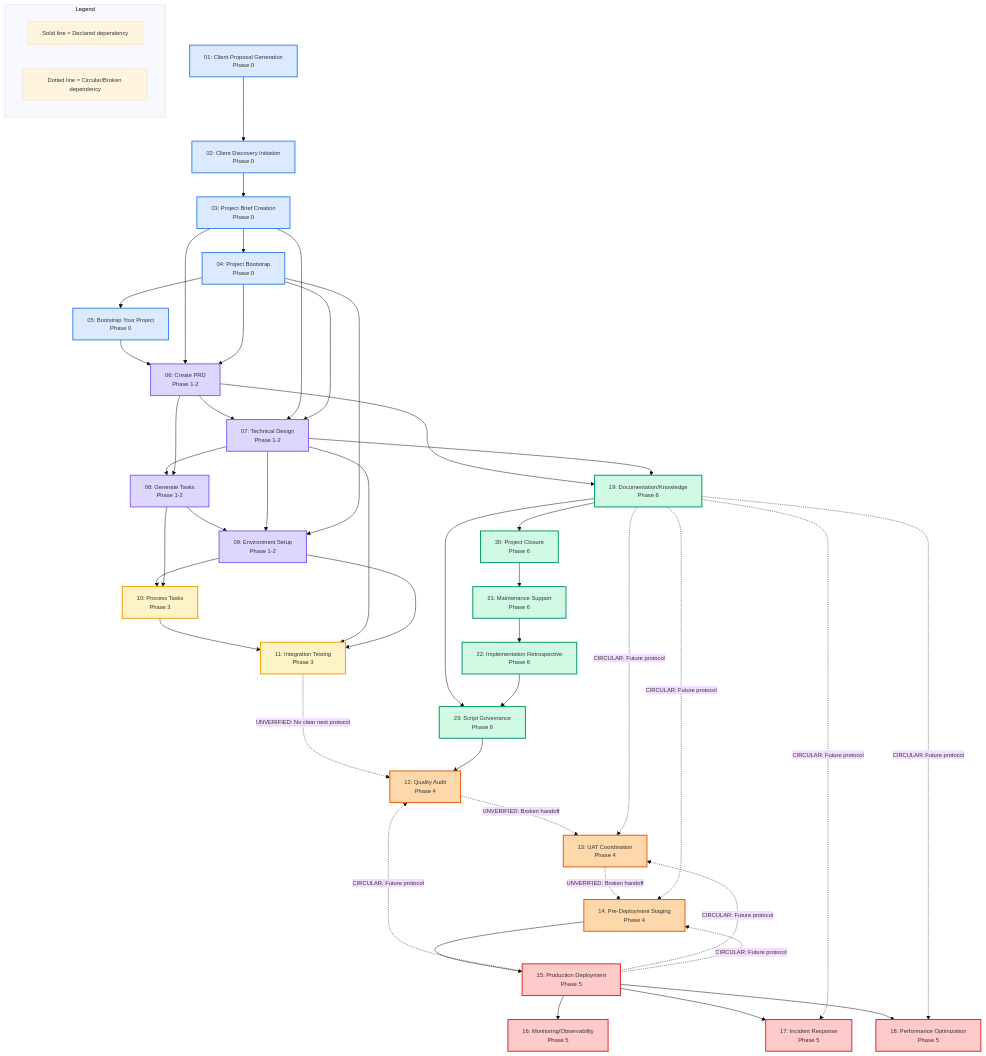
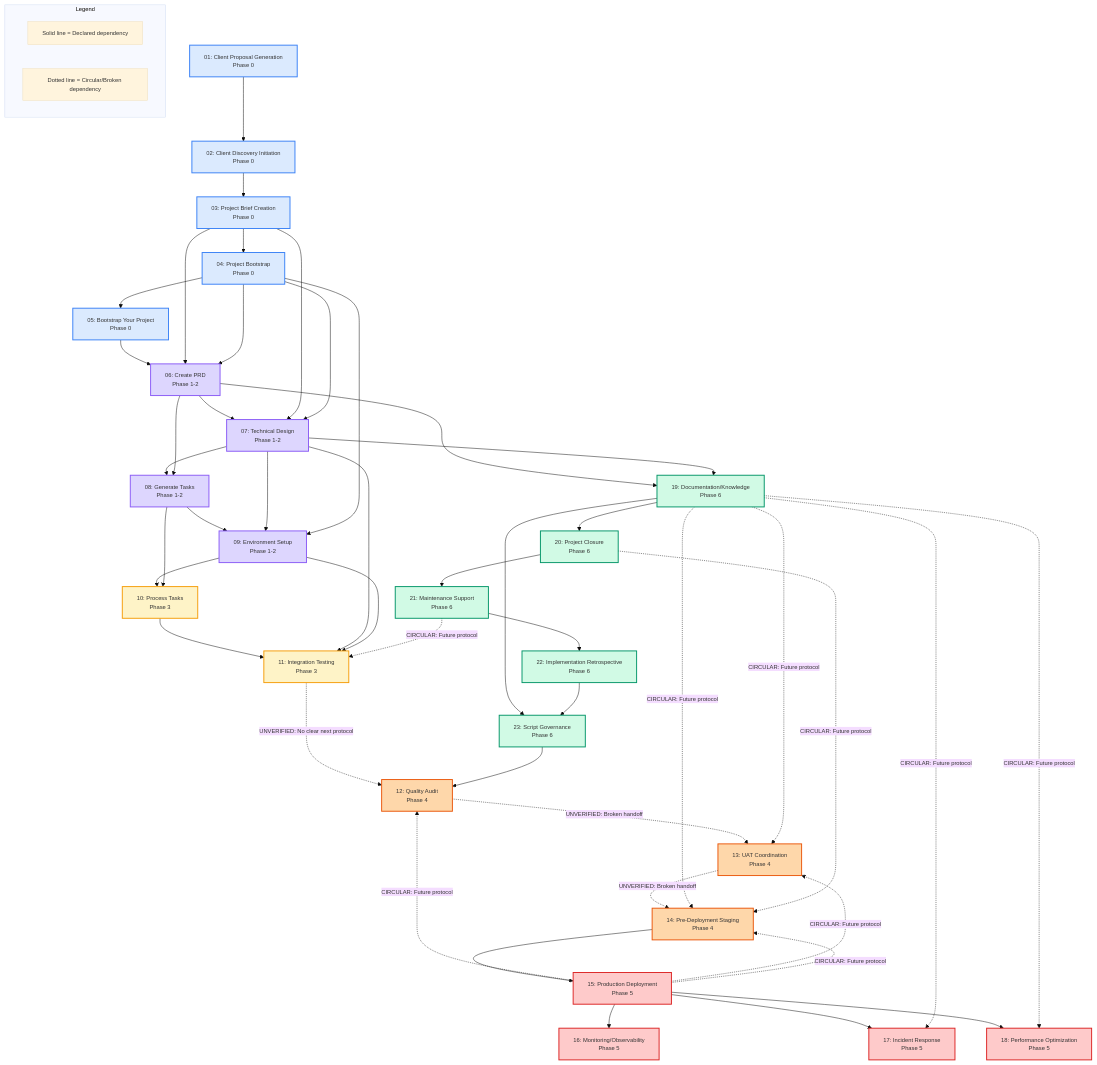
Before and after one commit to HaymayndzUltra/SuperTemplate: the diagram in dependency-map.mermaid, drawn with Mermaid. The commit also changed 3 other files, not shown here.

```diff
--- a/dependency-map.mermaid
+++ b/dependency-map.mermaid
@@ -1,112 +1,114 @@
 %%{ init: { 'theme': 'base', 'themeVariables': { 'fontSize': '12px' } } }%%
 graph TD
   %% PHASE 0: Foundation & Discovery (01-05)
   P01["01: Client Proposal Generation<br/>Phase 0"]
   P02["02: Client Discovery Initiation<br/>Phase 0"]
   P03["03: Project Brief Creation<br/>Phase 0"]
   P04["04: Project Bootstrap<br/>Phase 0"]
   P05["05: Bootstrap Your Project<br/>Phase 0"]
 
   %% PHASE 1-2: Planning & Design (06-09)
   P06["06: Create PRD<br/>Phase 1-2"]
   P07["07: Technical Design<br/>Phase 1-2"]
   P08["08: Generate Tasks<br/>Phase 1-2"]
   P09["09: Environment Setup<br/>Phase 1-2"]
 
   %% PHASE 3: Development (10-11)
   P10["10: Process Tasks<br/>Phase 3"]
   P11["11: Integration Testing<br/>Phase 3"]
 
   %% PHASE 4: Quality & Testing (12-14)
   P12["12: Quality Audit<br/>Phase 4"]
   P13["13: UAT Coordination<br/>Phase 4"]
   P14["14: Pre-Deployment Staging<br/>Phase 4"]
 
   %% PHASE 5: Deployment & Operations (15-18)
   P15["15: Production Deployment<br/>Phase 5"]
   P16["16: Monitoring/Observability<br/>Phase 5"]
   P17["17: Incident Response<br/>Phase 5"]
   P18["18: Performance Optimization<br/>Phase 5"]
 
   %% PHASE 6: Closure & Maintenance (19-23)
   P19["19: Documentation/Knowledge<br/>Phase 6"]
   P20["20: Project Closure<br/>Phase 6"]
   P21["21: Maintenance Support<br/>Phase 6"]
   P22["22: Implementation Retrospective<br/>Phase 6"]
   P23["23: Script Governance<br/>Phase 6"]
 
   %% DECLARED DEPENDENCIES (From Prerequisites)
   P01 --> P02
   P02 --> P03
   P03 --> P04
   P04 --> P05
   P05 --> P06
   P03 --> P06
   P04 --> P06
   P06 --> P07
   P03 --> P07
   P04 --> P07
   P07 --> P08
   P06 --> P08
   P08 --> P09
   P07 --> P09
   P04 --> P09
   P09 --> P10
   P08 --> P10
   P10 --> P11
   P07 --> P11
   P09 --> P11
+  P21 -."CIRCULAR: Future protocol".-> P11
   
   %% PHASE 3-4 GAP: Missing transition from Protocol 11
   P11 -."UNVERIFIED: No clear next protocol".-> P12
   
   %% PHASE 4 CIRCULAR DEPENDENCIES
   P15 -."CIRCULAR: Future protocol".-> P12
   P23 --> P12
   P12 -."UNVERIFIED: Broken handoff".-> P13
   
   P19 -."CIRCULAR: Future protocol".-> P13
   P15 -."CIRCULAR: Future protocol".-> P13
   
   P13 -."UNVERIFIED: Broken handoff".-> P14
   P19 -."CIRCULAR: Future protocol".-> P14
   P15 -."CIRCULAR: Future protocol".-> P14
+  P20 -."CIRCULAR: Future protocol".-> P14
   
   P14 --> P15
   P15 --> P16
   P15 --> P17
   P15 --> P18
   
   %% PHASE 5-6 DEPENDENCIES  
   P19 -."CIRCULAR: Future protocol".-> P17
   P19 -."CIRCULAR: Future protocol".-> P18
   
   %% PHASE 6 DEPENDENCIES
   P06 --> P19
   P07 --> P19
   P19 --> P20
   P20 --> P21
   P21 --> P22
   P19 --> P23
   P22 --> P23
 
   %% STYLE DEFINITIONS
   classDef phase0 fill:#dbeafe,stroke:#3b82f6,stroke-width:2px
   classDef phase1 fill:#ddd6fe,stroke:#8b5cf6,stroke-width:2px
   classDef phase3 fill:#fef3c7,stroke:#f59e0b,stroke-width:2px
   classDef phase4 fill:#fed7aa,stroke:#ea580c,stroke-width:2px
   classDef phase5 fill:#fecaca,stroke:#dc2626,stroke-width:2px
   classDef phase6 fill:#d1fae5,stroke:#059669,stroke-width:2px
 
   class P01,P02,P03,P04,P05 phase0
   class P06,P07,P08,P09 phase1
   class P10,P11 phase3
   class P12,P13,P14 phase4
   class P15,P16,P17,P18 phase5
   class P19,P20,P21,P22,P23 phase6
 
   %% LEGEND
   subgraph Legend
     L1["Solid line = Declared dependency"]
     L2["Dotted line = Circular/Broken dependency"]
   end
```
